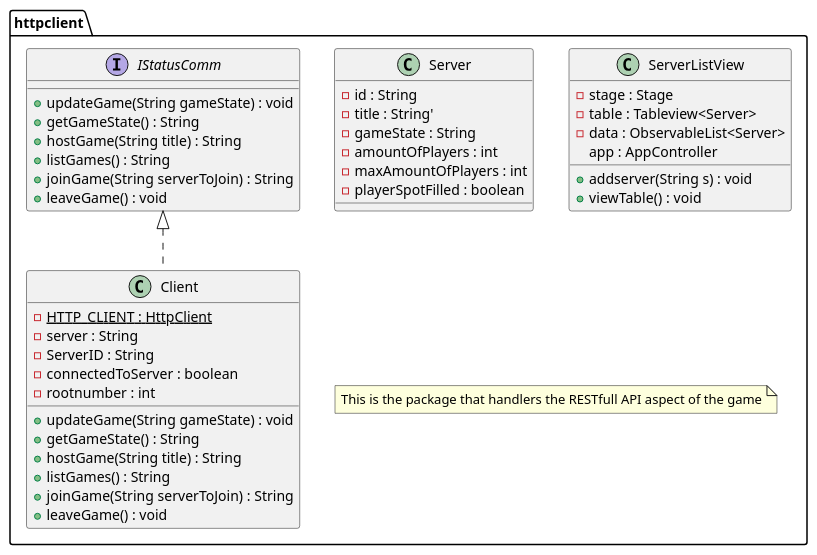
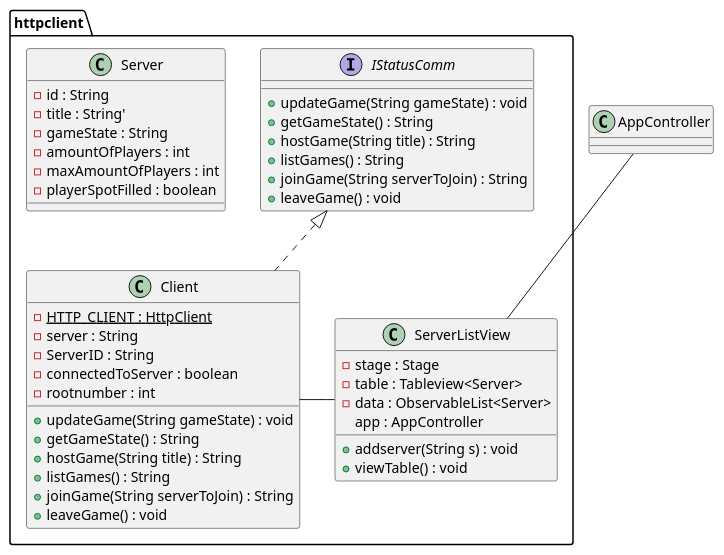
Before and after one commit to MikaelFangel/RoboRally: the diagram in diagrams/DesignClassDiagramPackageHTTPClient.puml, drawn with PlantUML. The commit also changed 2 other files, not shown here.

Commit message:
Updates to class diagrams

```diff
--- a/diagrams/DesignClassDiagramPackageHTTPClient.puml
+++ b/diagrams/DesignClassDiagramPackageHTTPClient.puml
@@ -1,48 +1,51 @@
 @startuml
 skinparam groupInheritance 2
 skinparam linetype polyline
 
 package httpclient{
-   class Client implements IStatusComm {
+   class Client{
       {Static} -HTTP_CLIENT : HttpClient
       -server : String
       -ServerID : String
       -connectedToServer : boolean
       -rootnumber : int
 
       +updateGame(String gameState) : void
       +getGameState() : String
       +hostGame(String title) : String
       +listGames() : String
       +joinGame(String serverToJoin) : String
       +leaveGame() : void
    }
    interface IStatusComm{
      +updateGame(String gameState) : void
      +getGameState() : String
      +hostGame(String title) : String
      +listGames() : String
      +joinGame(String serverToJoin) : String
      +leaveGame() : void
    }
    class Server{
       -id : String
       -title : String'
       -gameState : String
       -amountOfPlayers : int
       -maxAmountOfPlayers : int
       -playerSpotFilled : boolean
    }
    class ServerListView{
        -stage : Stage
        -table : Tableview<Server>
        -data : ObservableList<Server>
         app : AppController
 
         +addserver(String s) : void
         +viewTable() : void
    }
-   note "This is the package that handlers the RESTfull API aspect of the game" as note1
 }
 
+AppController -d- ServerListView
+IStatusComm <|.d. Client
+Client - ServerListView
+
 @enduml
```
